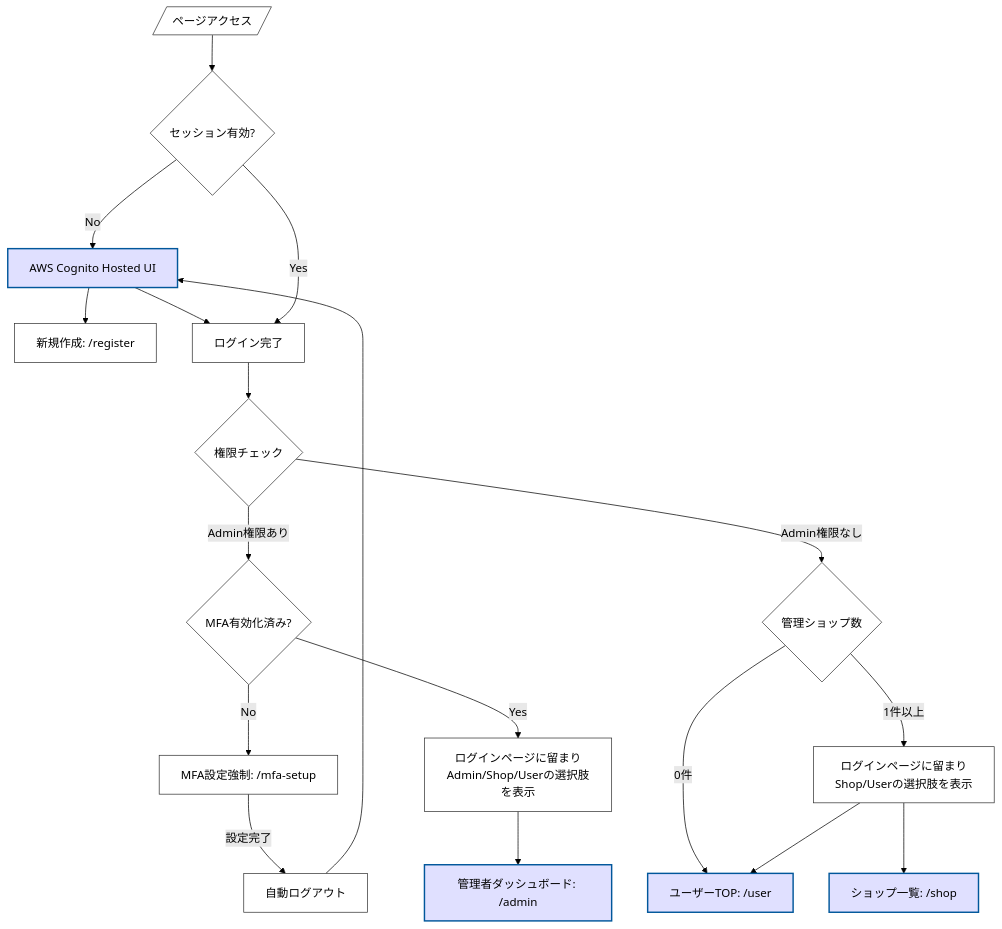
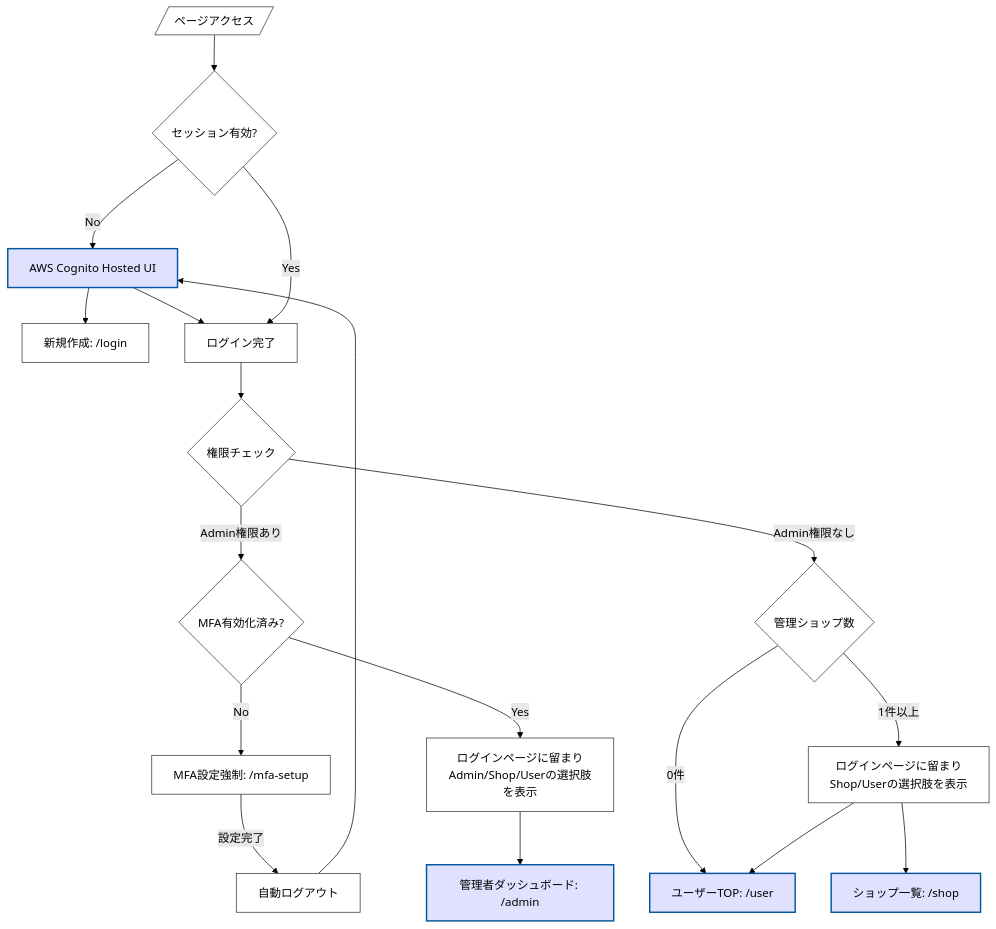
The first of 5 diagrams in documents/SPEC_UI_TRANSITIONS.md (yudaiito9124-cyber/meishigawarini), drawn with Mermaid (forest theme) before and after one commit. The commit also changed other lines of this file and 103 other files, not shown here.

````diff
--- a/documents/SPEC_UI_TRANSITIONS.md
+++ b/documents/SPEC_UI_TRANSITIONS.md
@@ -14,30 +14,30 @@
 ```mermaid
 graph TD
     classDef default fill:#fff,stroke:#333,stroke-width:1px;
     classDef root fill:#e0e0ff,stroke:#01579b,stroke-width:2px,color:#000;
     
     Entry[/ページアクセス/] --> AuthCheck{セッション有効?}
     AuthCheck -->|No| CognitoUI[AWS Cognito Hosted UI]
-    CognitoUI --> Register["新規作成: /register"]
+    CognitoUI --> Register["新規作成: /login"]
     CognitoUI --> Login[ログイン完了]
     
     AuthCheck -->|Yes| Login
     Login --> GroupCheck{権限チェック}
     
     GroupCheck -->|Admin権限あり| MFAEnforce{MFA有効化済み?}
     MFAEnforce -->|No| MFASetup["MFA設定強制: /mfa-setup"]
     MFASetup -->|設定完了| Logout[自動ログアウト]
     Logout --> CognitoUI
     
     MFAEnforce -->|Yes| AdminSelect[ログインページに留まり<br/>Admin/Shop/Userの選択肢を表示]
     
     GroupCheck -->|Admin権限なし| ShopCheck{管理ショップ数}
     ShopCheck -->|0件| UserDash[ユーザーTOPへ自動遷移:<br/>/user]
     ShopCheck -->|1件以上| ShopSelect[ログインページに留まり<br/>Shop/Userの選択肢を表示]
     
     AdminSelect --> AdminDash["管理者ダッシュボード: /admin"]
     ShopSelect --> ShopList["ショップ一覧: /shop"]
     ShopSelect --> UserDash["ユーザーTOP: /user"]
 
     class CognitoUI,AdminDash,ShopList,UserDash root
 ```
````
